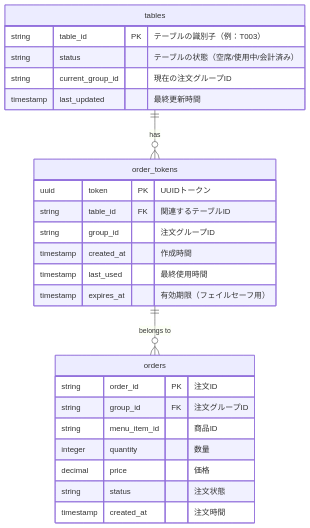
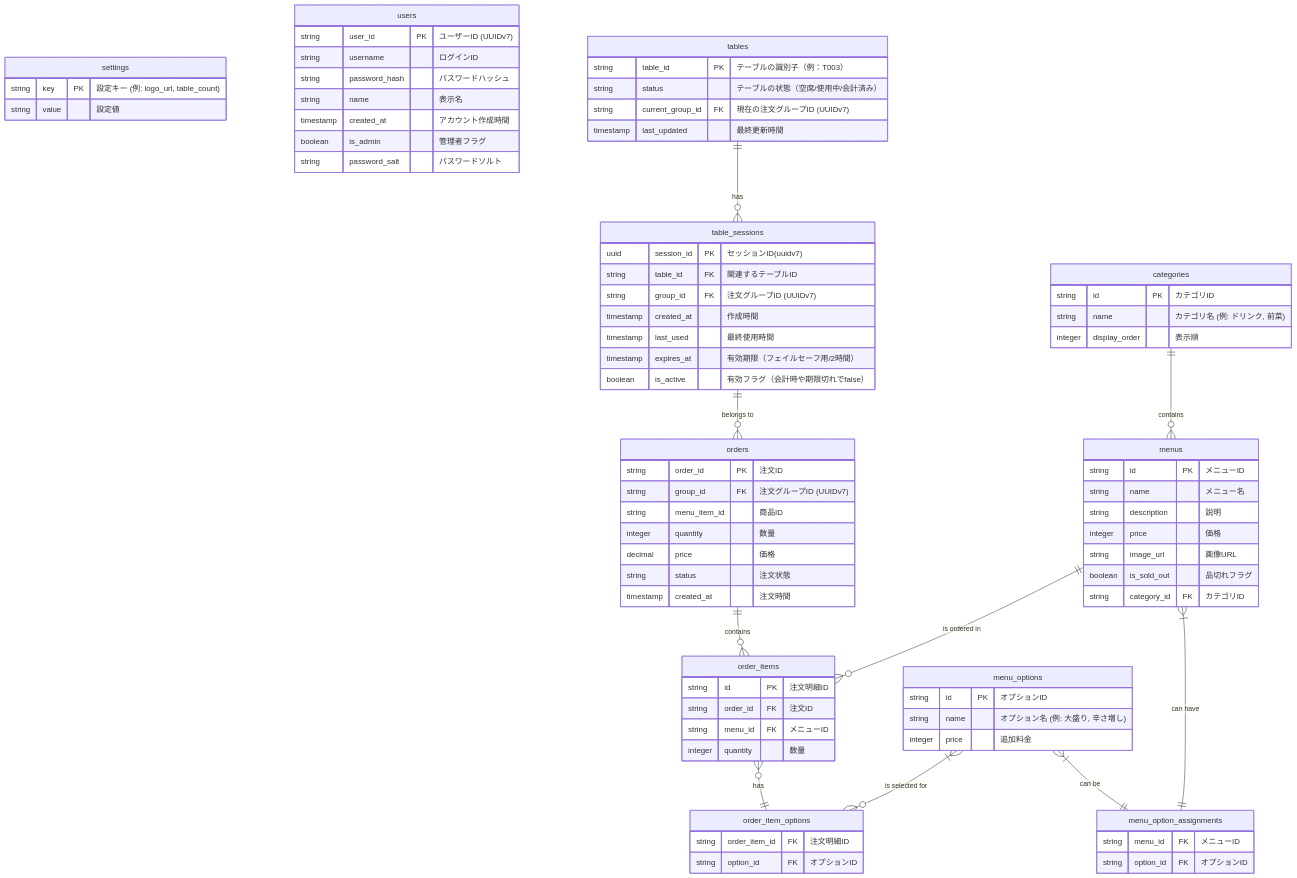
One commit to inoUwU/pinu changed the diagram in .docs/database/er_diagram.md. Above: the diagram before and after it, drawn with Mermaid. The commit also changed other lines of this file and 3 other files, not shown here.

First line of the commit message:
feat(docs): ✨ ER図とセッション管理フロー図を更新

````diff
--- a/.docs/database/er_diagram.md
+++ b/.docs/database/er_diagram.md
@@ -5,30 +3,94 @@
 ```mermaid
 erDiagram
-    tables ||--o{ order_tokens : "has"
+    settings {
+        string key PK "設定キー (例: logo_url, table_count)"
+        string value "設定値"
+    }
+    
+    users {
+        string user_id PK "ユーザーID (UUIDv7)"
+        string username "ログインID"
+        string password_hash "パスワードハッシュ"
+        string name "表示名"
+        timestamp created_at "アカウント作成時間"
+        boolean is_admin "管理者フラグ"
+        string password_salt "パスワードソルト"
+    }
+
+    tables ||--o{ table_sessions : "has"
     tables {
         string table_id PK "テーブルの識別子（例：T003）"
         string status "テーブルの状態（空席/使用中/会計済み）"
-        string current_group_id "現在の注文グループID"
+        string current_group_id FK "現在の注文グループID (UUIDv7)"
         timestamp last_updated "最終更新時間"
     }
-    
-    order_tokens ||--o{ orders : "belongs to"
-    order_tokens {
-        uuid token PK "UUIDトークン"
+
+    table_sessions ||--o{ orders : "belongs to"
+    table_sessions {
+        uuid session_id PK "セッションID(uuidv7)"
         string table_id FK "関連するテーブルID"
-        string group_id "注文グループID"
+        string group_id FK "注文グループID (UUIDv7)"
         timestamp created_at "作成時間"
         timestamp last_used "最終使用時間"
-        timestamp expires_at "有効期限（フェイルセーフ用）"
+        timestamp expires_at "有効期限（フェイルセーフ用/2時間）"
+        boolean is_active "有効フラグ（会計時や期限切れでfalse）"
     }
     
     orders {
         string order_id PK "注文ID"
-        string group_id FK "注文グループID"
+        string group_id FK "注文グループID (UUIDv7)"
         string menu_item_id "商品ID"
         integer quantity "数量"
         decimal price "価格"
         string status "注文状態"
         timestamp created_at "注文時間"
     }
+
+    order_items {
+        string id PK "注文明細ID"
+        string order_id FK "注文ID"
+        string menu_id FK "メニューID"
+        integer quantity "数量"
+    }
+
+    order_item_options {
+        string order_item_id FK "注文明細ID"
+        string option_id FK "オプションID"
+    }
+
+    categories {
+        string id PK "カテゴリID"
+        string name "カテゴリ名 (例: ドリンク, 前菜)"
+        integer display_order "表示順"
+    }
+
+    menus {
+        string id PK "メニューID"
+        string name "メニュー名"
+        string description "説明"
+        integer price "価格"
+        string image_url "画像URL"
+        boolean is_sold_out "品切れフラグ"
+        string category_id FK "カテゴリID"
+    }
+
+    menu_options {
+        string id PK "オプションID"
+        string name "オプション名 (例: 大盛り, 辛さ増し)"
+        integer price "追加料金"
+    }
+
+    menu_option_assignments {
+        string menu_id FK "メニューID"
+        string option_id FK "オプションID"
+    }
+
+
+    categories  ||--o{ menus : "contains"
+    menus       }|--|| menu_option_assignments : "can have"
+    menu_options }|--|| menu_option_assignments : "can be"
+    orders      ||--o{ order_items : "contains"
+    menus       ||--o{ order_items : "is ordered in"
+    order_items }o--|| order_item_options : "has"
+    menu_options }|--o{ order_item_options : "is selected for"
 ```
````
